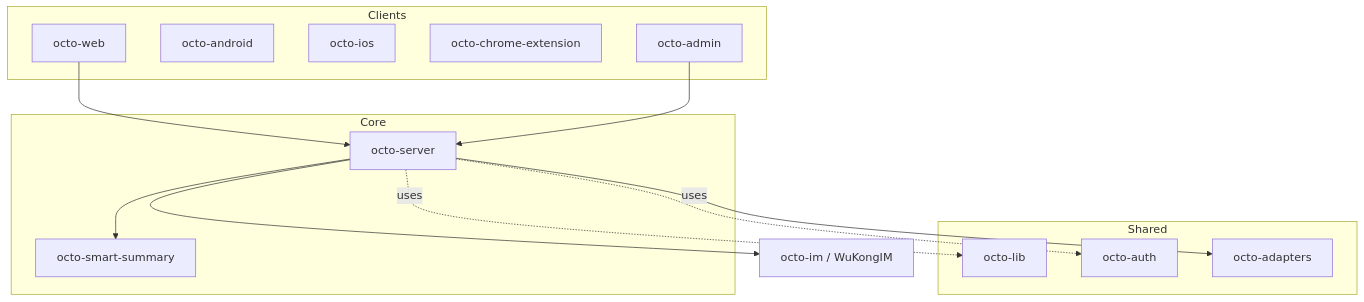
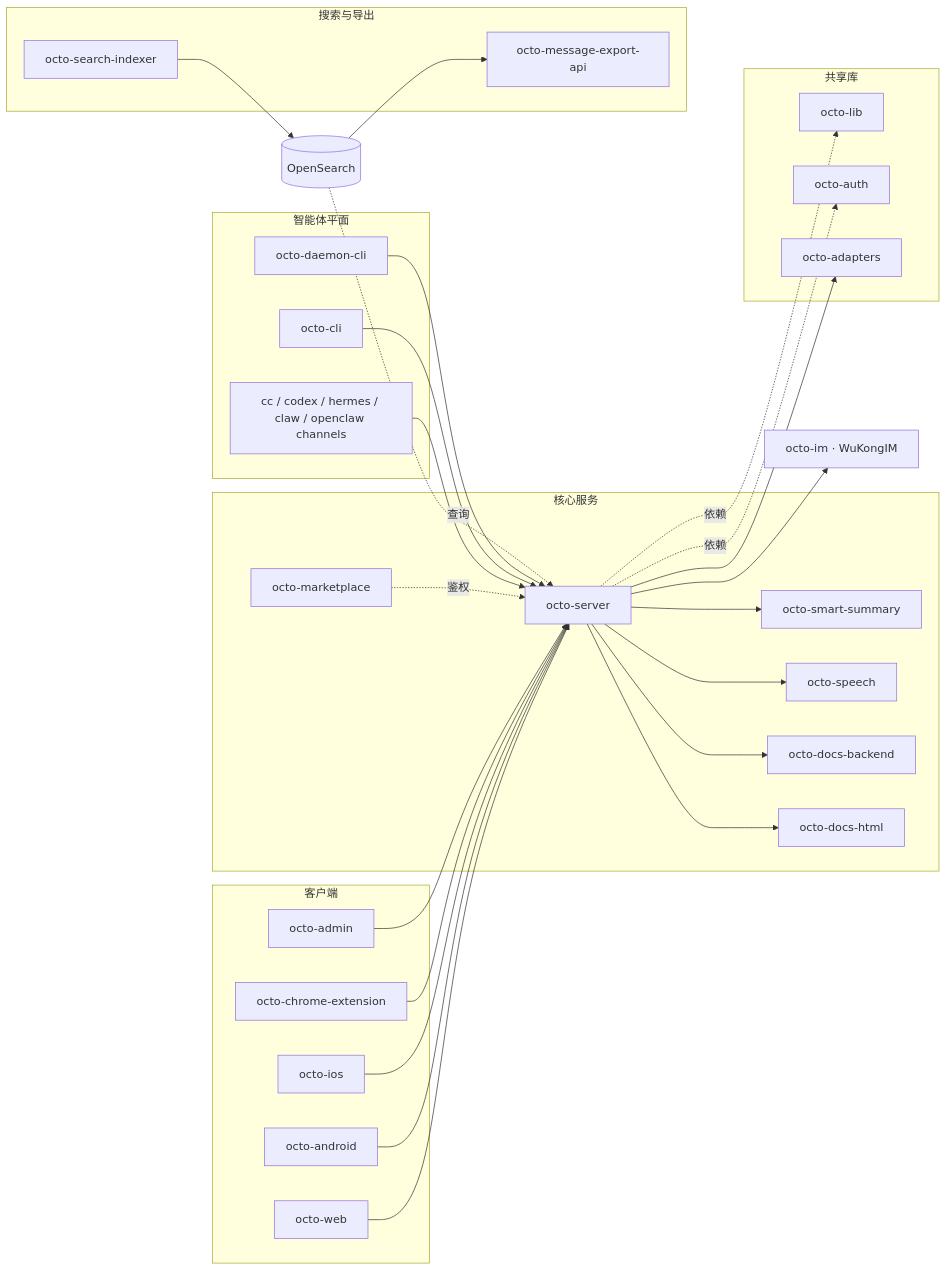
One commit to Mininglamp-OSS/octo-docs changed the diagram in zh/ecosystem/repository-guide.mdx. Above: the diagram before and after it, drawn with Mermaid. The commit also changed other lines of this file and 13 other files, not shown here.

First line of the commit message:
Refresh architecture diagrams (complete + legible) (#2)

````diff
--- a/zh/ecosystem/repository-guide.mdx
+++ b/zh/ecosystem/repository-guide.mdx
@@ -12,27 +12,55 @@
 ```mermaid
-graph TD
-  subgraph Clients
+graph LR
+  subgraph clients["客户端"]
     web[octo-web]
     android[octo-android]
     ios[octo-ios]
     ext[octo-chrome-extension]
-    admin[octo-admin]
+    adm[octo-admin]
   end
-  subgraph Core
+  subgraph coregrp["核心服务"]
     server[octo-server]
     summary[octo-smart-summary]
+    speech[octo-speech]
+    market[octo-marketplace]
+    dbe[octo-docs-backend]
+    dhtml[octo-docs-html]
   end
-  im[octo-im / WuKongIM]
-  subgraph Shared
+  im[octo-im · WuKongIM]
+  osx[(OpenSearch)]
+  subgraph searchgrp["搜索与导出"]
+    idx[octo-search-indexer]
+    exp[octo-message-export-api]
+  end
+  subgraph agentgrp["智能体平面"]
+    channels[cc / codex / hermes / claw / openclaw channels]
+    cli[octo-cli]
+    daemon[octo-daemon-cli]
+  end
+  subgraph sharedgrp["共享库"]
     lib[octo-lib]
     auth[octo-auth]
     adapters[octo-adapters]
   end
+
   web --> server
-  admin --> server
+  android --> server
+  ios --> server
+  ext --> server
+  adm --> server
   server --> im
   server --> summary
-  server -.uses.-> lib
-  server -.uses.-> auth
+  server --> speech
+  market -.鉴权.-> server
+  server --> dbe
+  server --> dhtml
+  channels --> server
+  cli --> server
+  daemon --> server
+  idx --> osx
+  osx -.查询.-> server
+  osx --> exp
+  server -.依赖.-> lib
+  server -.依赖.-> auth
   server --> adapters
 ```
````
